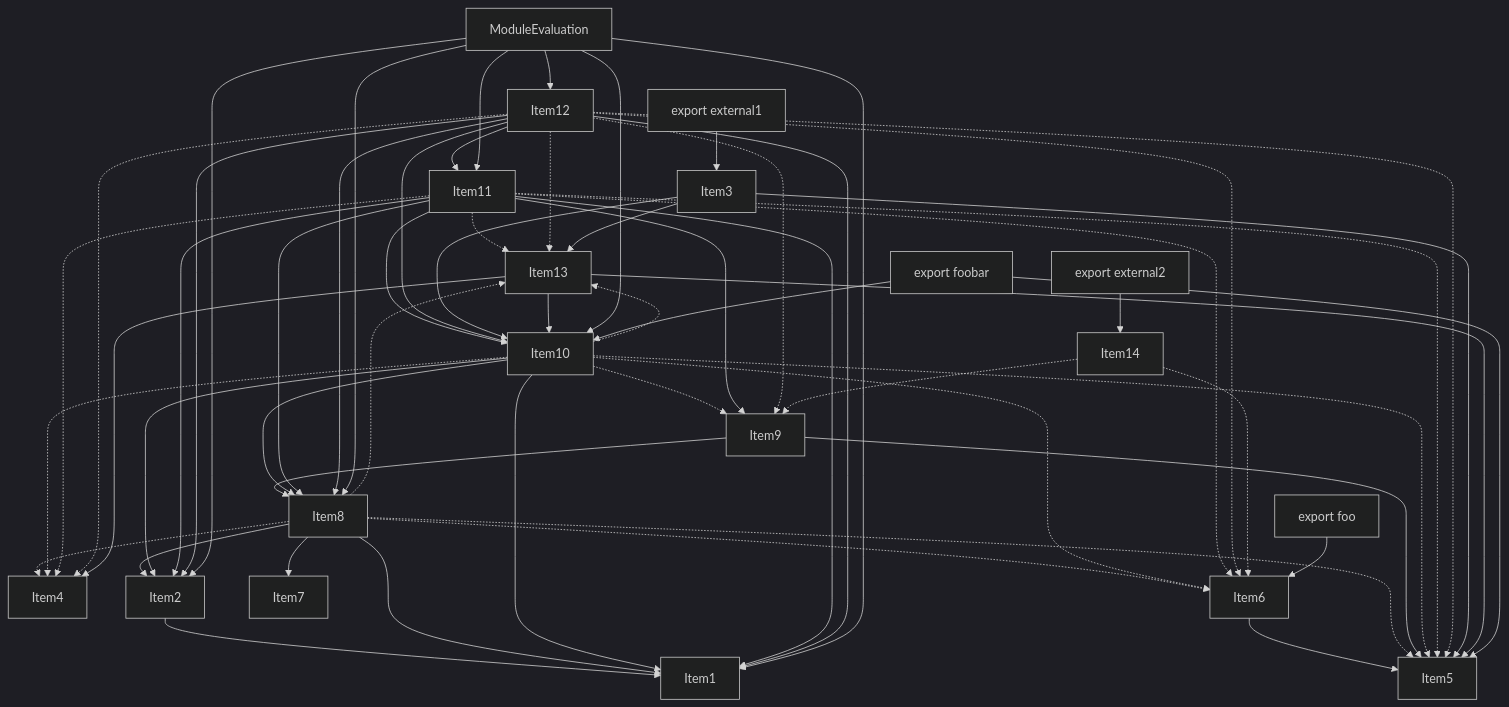
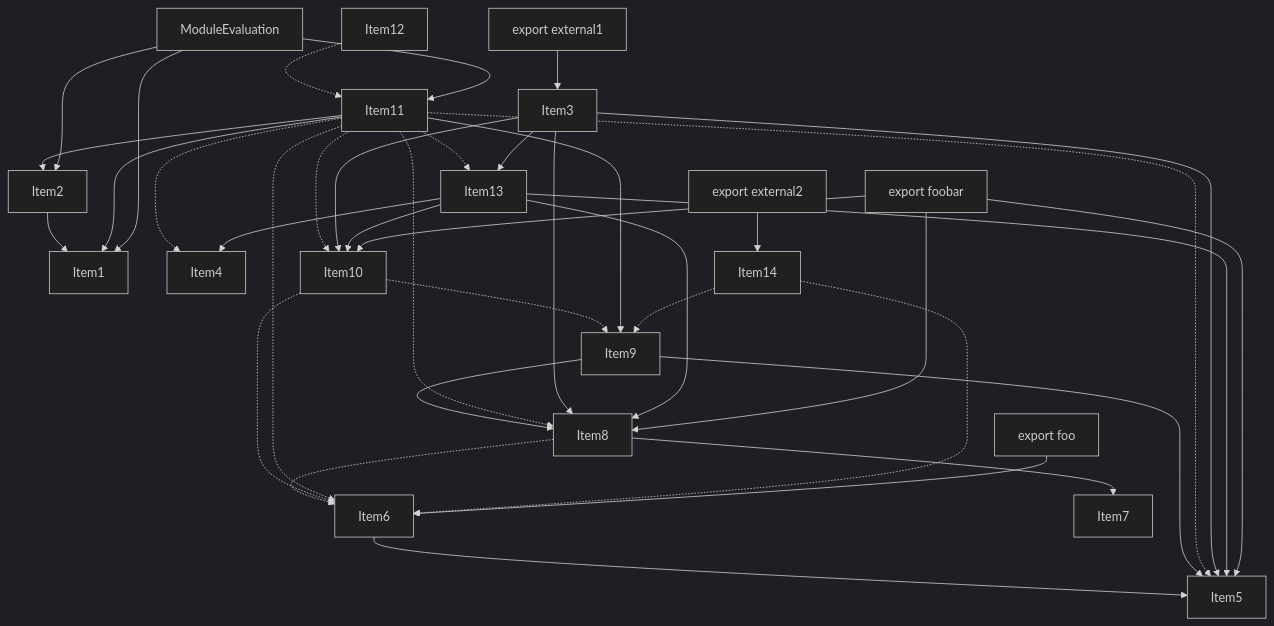
One commit to vercel/turborepo changed the fourth of 5 diagrams in crates/turbopack-ecmascript/tests/tree-shaker/analyzer/2/output.md. Above: the diagram before and after it, drawn with Mermaid (dark theme). The commit also changed other lines of this file and 12 other files, not shown here.

```diff
--- a/crates/turbopack-ecmascript/tests/tree-shaker/analyzer/2/output.md
+++ b/crates/turbopack-ecmascript/tests/tree-shaker/analyzer/2/output.md
@@ -357,56 +316,36 @@
     Item6 --> Item5;
     Item8 --> Item7;
     Item8 -.-> Item6;
-    Item8 --> Item1;
-    Item8 --> Item2;
-    Item8 -.-> Item13;
-    Item8 -.-> Item5;
-    Item8 -.-> Item4;
     Item9 --> Item5;
     Item9 --> Item8;
     Item10 -.-> Item6;
     Item10 -.-> Item9;
-    Item10 --> Item1;
-    Item10 --> Item2;
-    Item10 --> Item8;
-    Item10 -.-> Item13;
-    Item10 -.-> Item5;
-    Item10 -.-> Item4;
     Item11 --> Item9;
     Item11 --> Item1;
     Item11 --> Item2;
-    Item11 --> Item8;
-    Item11 --> Item10;
     Item11 -.-> Item13;
     Item11 -.-> Item5;
+    Item11 -.-> Item8;
+    Item11 -.-> Item10;
     Item11 -.-> Item6;
     Item11 -.-> Item4;
-    Item12 --> Item11;
-    Item12 --> Item1;
-    Item12 --> Item2;
-    Item12 --> Item8;
-    Item12 --> Item10;
-    Item12 -.-> Item13;
-    Item12 -.-> Item5;
-    Item12 -.-> Item6;
-    Item12 -.-> Item9;
-    Item12 -.-> Item4;
+    Item12 -.-> Item11;
     Item3 --> Item13;
     Item3 --> Item5;
+    Item3 --> Item8;
     Item3 --> Item10;
     Item13 --> Item4;
     Item13 --> Item5;
+    Item13 --> Item8;
     Item13 --> Item10;
     Item14 -.-> Item6;
     Item14 -.-> Item9;
     Item15 --> Item1;
     Item15 --> Item2;
-    Item15 --> Item8;
-    Item15 --> Item10;
     Item15 --> Item11;
-    Item15 --> Item12;
     Item16 --> Item3;
     Item17 --> Item5;
+    Item17 --> Item8;
     Item17 --> Item10;
     Item18 --> Item6;
     Item19 --> Item14;
```
